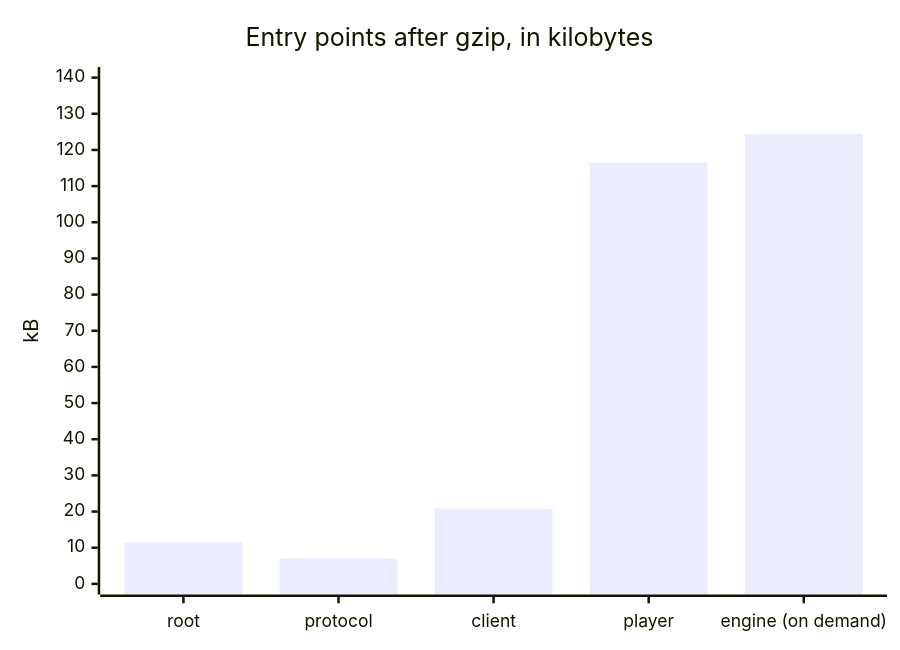
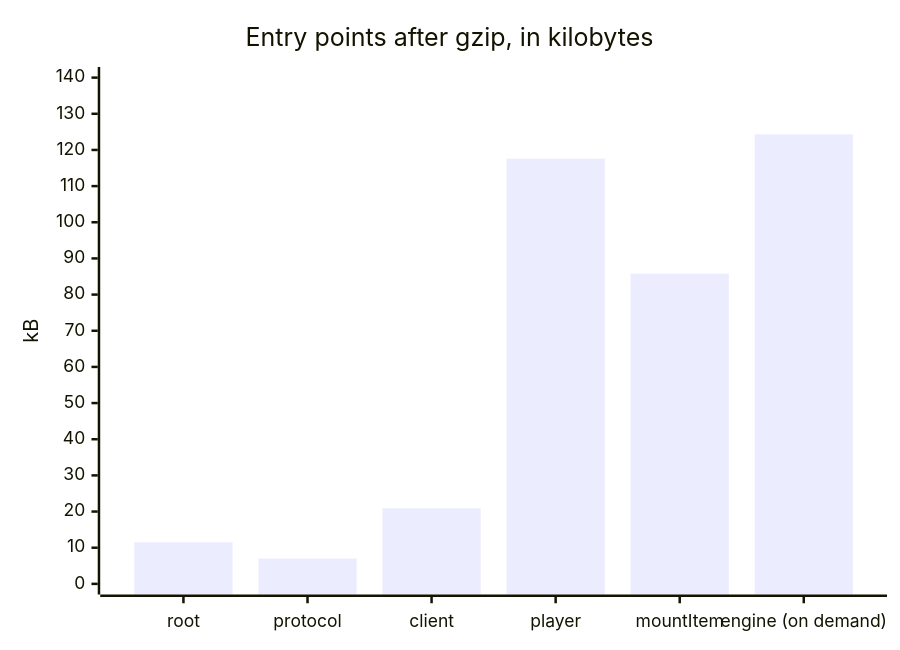
Before and after one commit to assesskit/assesskit: the diagram in docs/player/size.md, drawn with Mermaid. The commit also changed other lines of this file and 27 other files, not shown here.

First line of the commit message:
Add mountItem, which shows one item's content alone for a page with many items

````diff
--- a/docs/player/size.md
+++ b/docs/player/size.md
@@ -7,7 +7,7 @@
 ```mermaid
 xychart-beta
   title "Entry points after gzip, in kilobytes"
-  x-axis ["root", "protocol", "client", "player", "engine (on demand)"]
+  x-axis ["root", "protocol", "client", "player", "mountItem", "engine (on demand)"]
   y-axis "kB" 0 --> 140
-  bar [11.5, 7.0, 20.9, 116.5, 124.3]
+  bar [11.5, 7.0, 20.9, 117.6, 85.8, 124.3]
 ```
````
